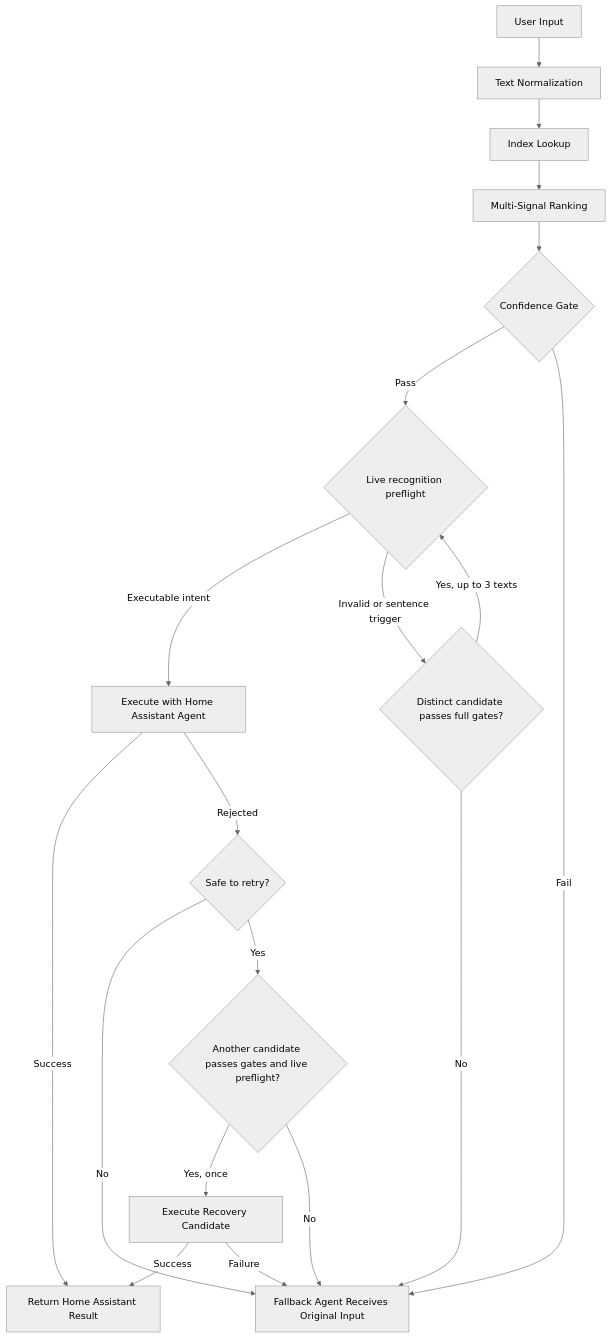
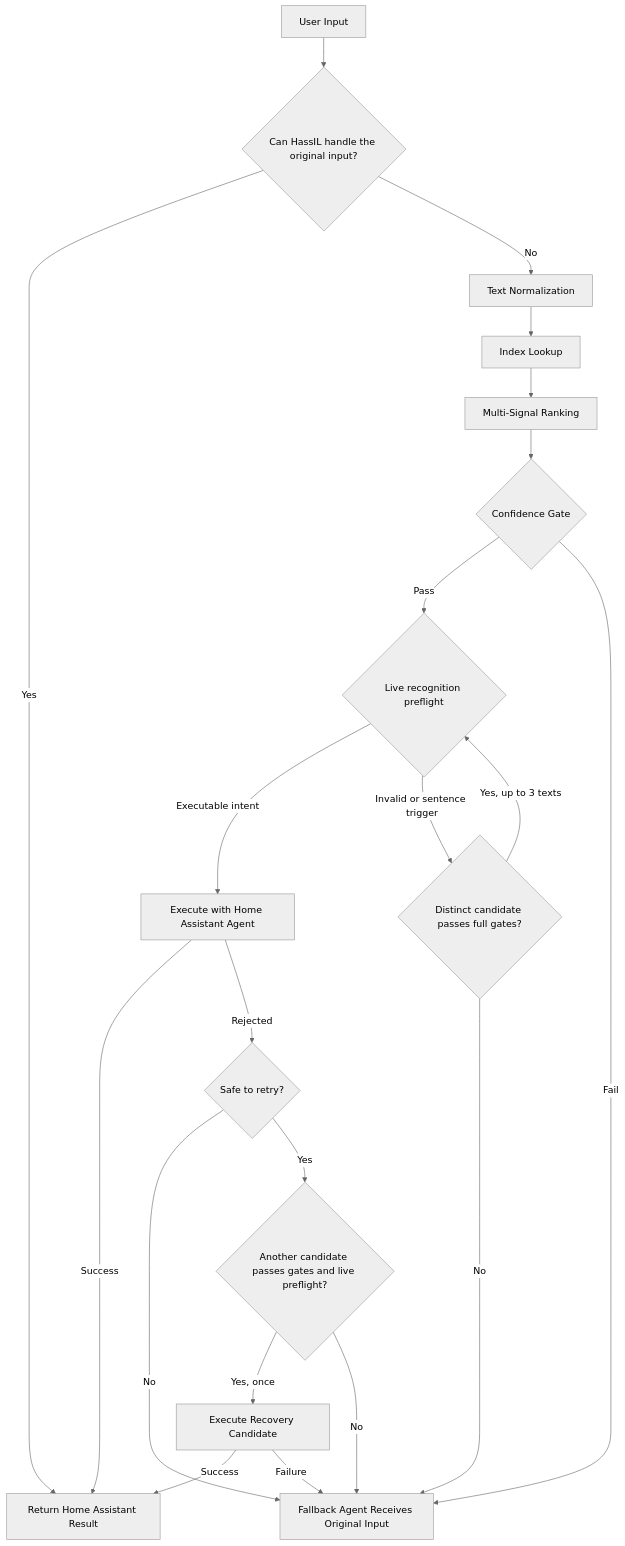
One commit to luuquangvu/assist-canonicalizer changed the diagram in README.md. Above: the diagram before and after it, drawn with Mermaid (neutral theme). The commit also changed other lines of this file and 46 other files, not shown here.

````diff
--- a/README.md
+++ b/README.md
@@ -103,21 +105,23 @@
 ```mermaid
 flowchart TD
-    A[User Input] --> B[Text Normalization]
+    A[User Input] --> L{Can HassIL handle the original input?}
+    L -->|Yes| H[Return Home Assistant Result]
+    L -->|No| B[Text Normalization]
     B --> C[Index Lookup]
     C --> D[Multi-Signal Ranking]
     D --> E{Confidence Gate}
     E -->|Pass| P{Live recognition preflight}
     E -->|Fail| G[Fallback Agent Receives Original Input]
     P -->|Executable intent| F[Execute with Home Assistant Agent]
     P -->|Invalid or sentence trigger| J{Distinct candidate passes full gates?}
     J -->|Yes, up to 3 texts| P
     J -->|No| G
     F -->|Success| H[Return Home Assistant Result]
     F -->|Rejected| R{Safe to retry?}
     R -->|No| G
     R -->|Yes| Q{Another candidate passes gates and live preflight?}
     Q -->|Yes, once| K[Execute Recovery Candidate]
     Q -->|No| G
     K -->|Success| H
     K -->|Failure| G
 ```
````
